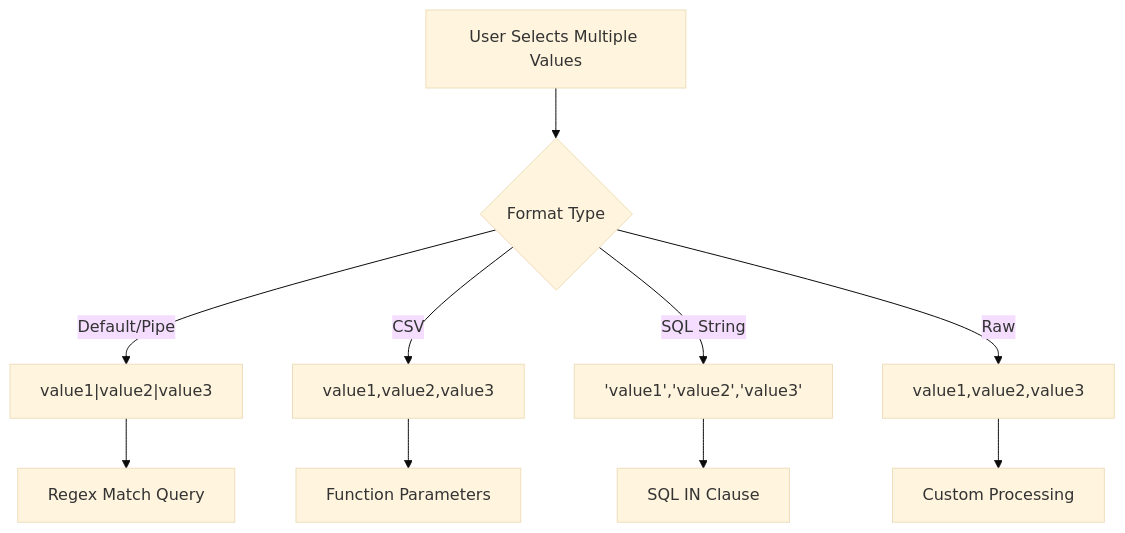
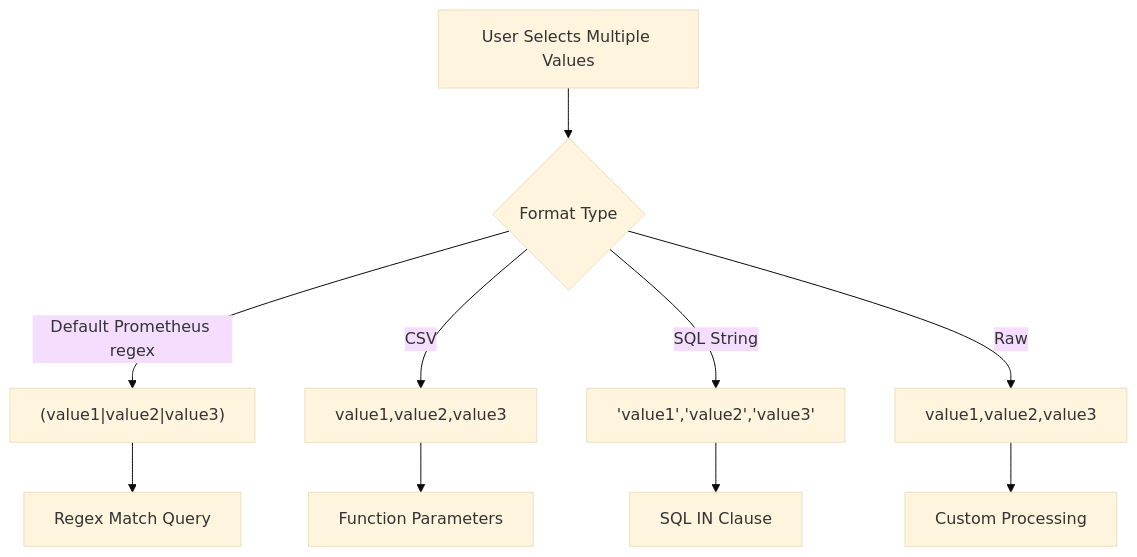
Before and after one commit to OneUptime/blog: the fourth of 6 diagrams in posts/2026-01-30-grafana-variables-advanced/README.md, drawn with Mermaid (base theme). The commit also changed other lines of this file and 2 other files, not shown here.

````diff
--- a/posts/2026-01-30-grafana-variables-advanced/README.md
+++ b/posts/2026-01-30-grafana-variables-advanced/README.md
@@ -278,13 +291,13 @@
 ```mermaid
 flowchart TD
     A[User Selects Multiple Values] --> B{Format Type}
-    B -->|Default/Pipe| C["value1|value2|value3"]
+    B -->|Default Prometheus regex| C["(value1|value2|value3)"]
     B -->|CSV| D["value1,value2,value3"]
     B -->|SQL String| E["'value1','value2','value3'"]
     B -->|Raw| F["value1,value2,value3"]
 
     C --> G[Regex Match Query]
     D --> H[Function Parameters]
     E --> I[SQL IN Clause]
     F --> J[Custom Processing]
 ```
````
